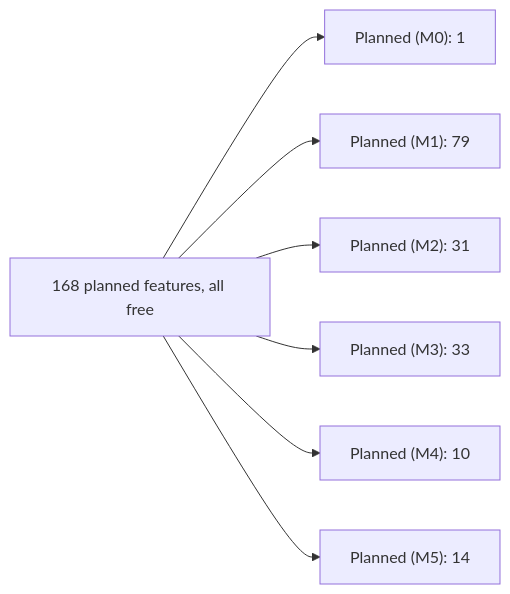
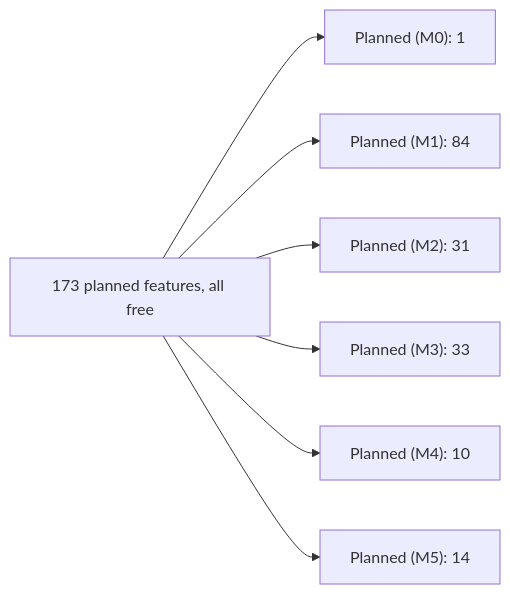
One commit to ravindu-rev/ruralz changed the second of 2 diagrams in docs/features/01-feature-catalog.md. Above: the diagram before and after it, drawn with Mermaid. The commit also changed other lines of this file and 5552 other files, not shown here.

````diff
--- a/docs/features/01-feature-catalog.md
+++ b/docs/features/01-feature-catalog.md
@@ -373,9 +349,9 @@
 ```mermaid
 flowchart LR
-    C["168 planned features, all free"] --> M0["Planned (M0): 1"]
-    C --> M1["Planned (M1): 79"]
+    C["173 planned features, all free"] --> M0["Planned (M0): 1"]
+    C --> M1["Planned (M1): 84"]
     C --> M2["Planned (M2): 31"]
     C --> M3["Planned (M3): 33"]
     C --> M4["Planned (M4): 10"]
     C --> M5["Planned (M5): 14"]
 ```
````
